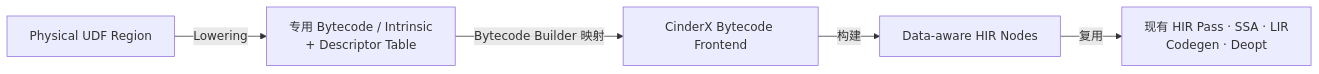
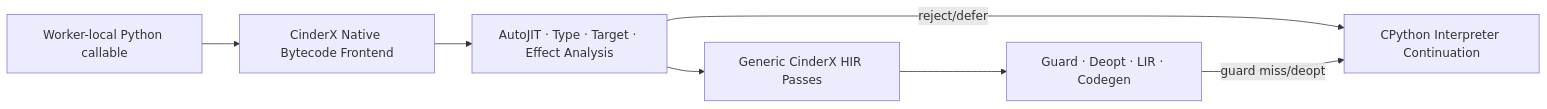
The sixth of 17 diagrams in docs/design/2026-07-13-python-udf-jit-architecture.md (213start/python-udf-jit), drawn with Mermaid before and after one commit. The commit also changed other lines of this file and 1 other file, not shown here.

First line of the commit message:
docs(architecture): define multi-provider ownership boundaries

````diff
--- a/docs/design/2026-07-13-python-udf-jit-architecture.md
+++ b/docs/design/2026-07-13-python-udf-jit-architecture.md
@@ -664,13 +676,13 @@
 ```mermaid
 flowchart LR
-    PHYSICAL["Physical UDF Region"]
-    BYTECODE["专用 Bytecode / Intrinsic<br/>+ Descriptor Table"]
-    FRONTEND["CinderX Bytecode Frontend"]
-    HIR["Data-aware HIR Nodes"]
-    PIPELINE["现有 HIR Pass · SSA · LIR<br/>Codegen · Deopt"]
+    CALLABLE["Worker-local Python callable"]
+    FRONTEND["CinderX Native Bytecode Frontend"]
+    ANALYSIS["AutoJIT · Type · Target · Effect Analysis"]
+    HIR["Generic CinderX HIR Passes"]
+    PIPELINE["Guard · Deopt · LIR · Codegen"]
+    FALLBACK["CPython Interpreter Continuation"]
 
-    PHYSICAL -->|"Lowering"| BYTECODE
-    BYTECODE -->|"Bytecode Builder 映射"| FRONTEND
-    FRONTEND -->|"构建"| HIR
-    HIR -->|"复用"| PIPELINE
+    CALLABLE --> FRONTEND --> ANALYSIS --> HIR --> PIPELINE
+    ANALYSIS -->|"reject/defer"| FALLBACK
+    PIPELINE -->|"guard miss/deopt"| FALLBACK
 ```
````
